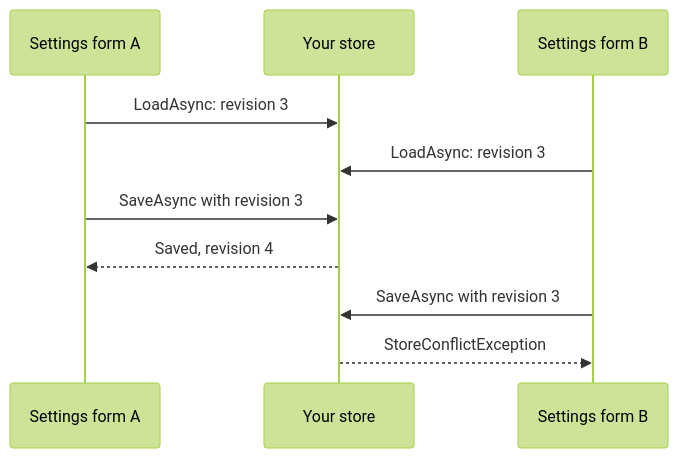
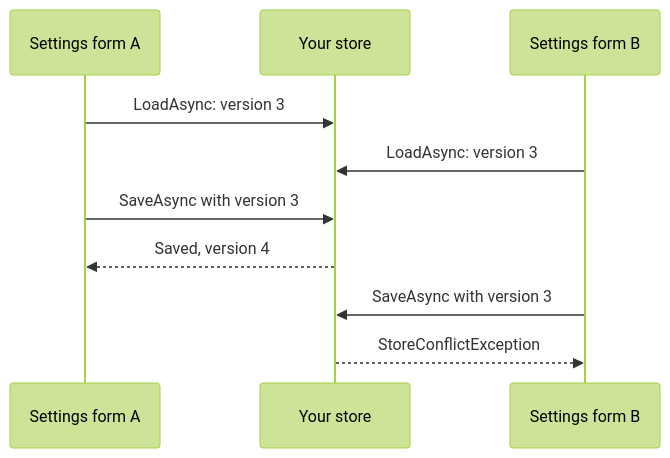
Before and after one commit to weboost-at/Typeshift: the diagram in docs/guide/implementing-a-store.md, drawn with Mermaid (forest theme). The commit also changed other lines of this file and 35 other files, not shown here.

````diff
--- a/docs/guide/implementing-a-store.md
+++ b/docs/guide/implementing-a-store.md
@@ -165,12 +165,12 @@
 ```mermaid
 sequenceDiagram
   participant A as Settings form A
   participant S as Your store
   participant B as Settings form B
-  A->>S: LoadAsync: revision 3
-  B->>S: LoadAsync: revision 3
-  A->>S: SaveAsync with revision 3
-  S-->>A: Saved, revision 4
-  B->>S: SaveAsync with revision 3
+  A->>S: LoadAsync: version 3
+  B->>S: LoadAsync: version 3
+  A->>S: SaveAsync with version 3
+  S-->>A: Saved, version 4
+  B->>S: SaveAsync with version 3
   S-->>B: StoreConflictException
 ```
````
